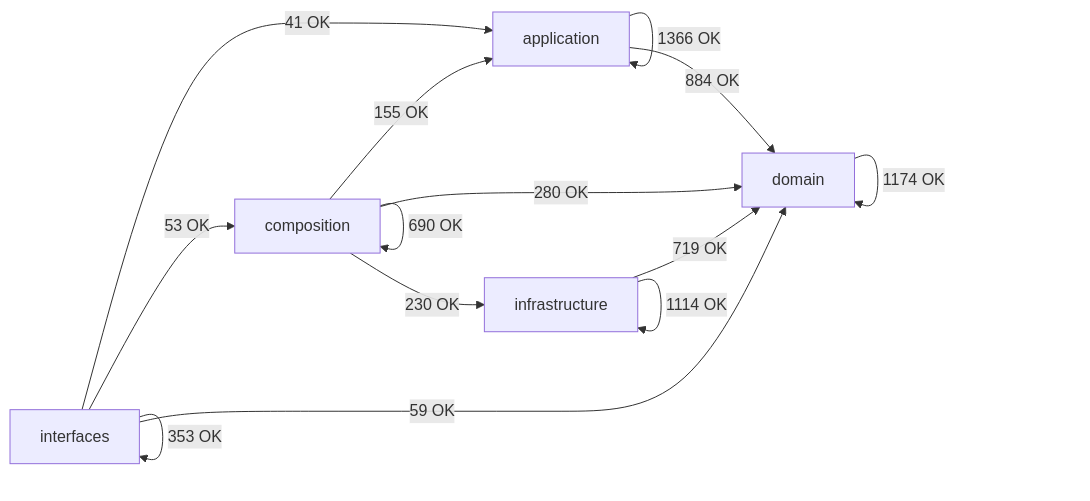
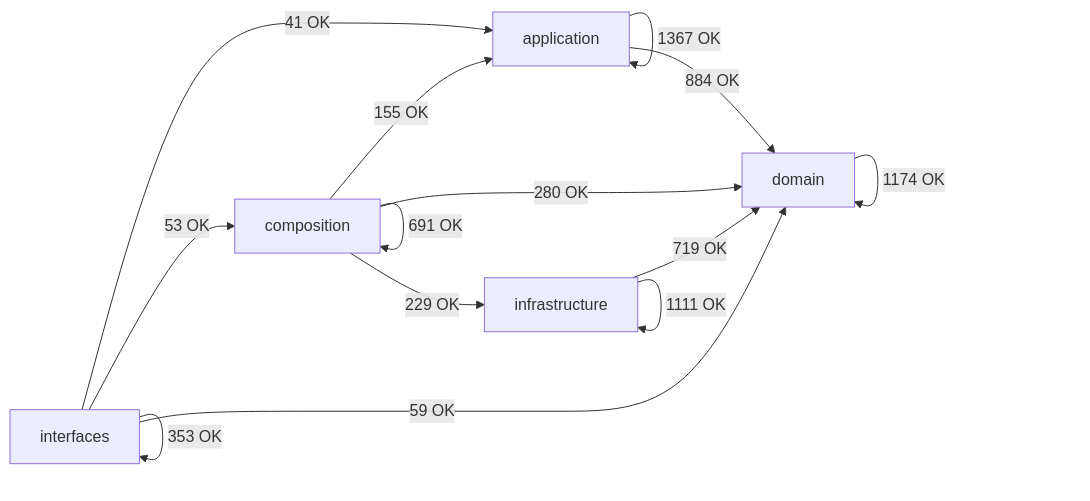
Before and after one commit to SatoryKono/BioactivityDataAcquisition: the diagram in docs/02-architecture/generated/module-dependency-map.md, drawn with Mermaid. The commit also changed other lines of this file and 8 other files, not shown here.

````diff
--- a/docs/02-architecture/generated/module-dependency-map.md
+++ b/docs/02-architecture/generated/module-dependency-map.md
@@ -17,21 +17,21 @@
 ```mermaid
 flowchart LR
     domain[domain]
     application[application]
     infrastructure[infrastructure]
     composition[composition]
     interfaces[interfaces]
-    application -->|1366 OK| application
+    application -->|1367 OK| application
     application -->|884 OK| domain
     composition -->|155 OK| application
-    composition -->|690 OK| composition
+    composition -->|691 OK| composition
     composition -->|280 OK| domain
-    composition -->|230 OK| infrastructure
+    composition -->|229 OK| infrastructure
     domain -->|1174 OK| domain
     infrastructure -->|719 OK| domain
-    infrastructure -->|1114 OK| infrastructure
+    infrastructure -->|1111 OK| infrastructure
     interfaces -->|41 OK| application
     interfaces -->|53 OK| composition
     interfaces -->|59 OK| domain
     interfaces -->|353 OK| interfaces
 ```
````
